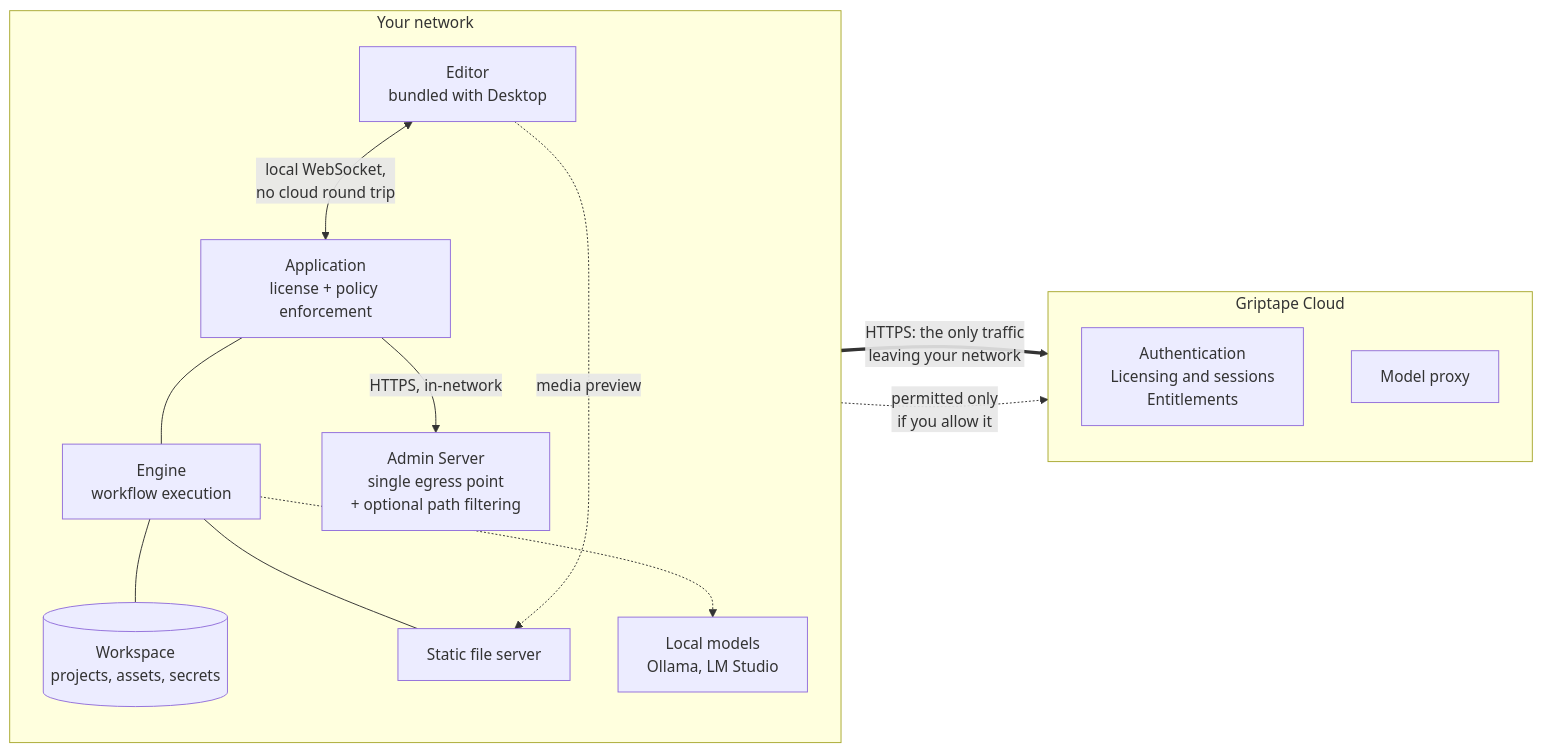
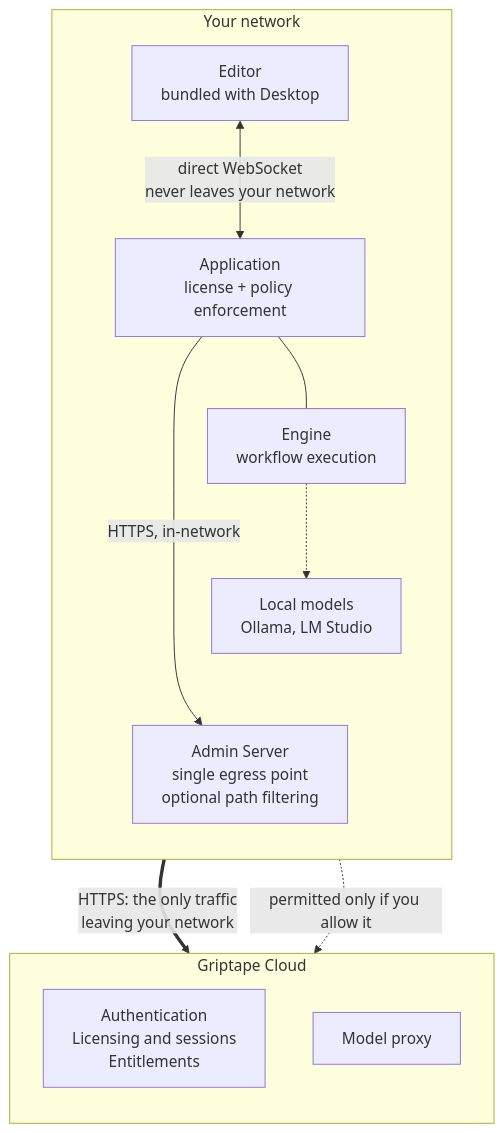
Before and after one commit to griptape-ai/griptape-nodes-engine: the second of 2 diagrams in docs/architecture.md, drawn with Mermaid. The commit also changed other lines of this file and 1 other file, not shown here.

First line of the commit message:
docs: revise architecture page per review feedback

````diff
--- a/docs/architecture.md
+++ b/docs/architecture.md
@@ -91,29 +106,27 @@
 ```mermaid
-flowchart LR
+flowchart TB
     subgraph network["Your network"]
         direction TB
         editor["Editor<br/>bundled with Desktop"]
         app["Application<br/>license + policy enforcement"]
         engine["Engine<br/>workflow execution"]
-        static["Static file server"]
-        workspace[("Workspace<br/>projects, assets, secrets")]
-        localmodels["Local models<br/>Ollama, LM Studio"]
-        admin["Admin Server<br/>single egress point<br/>+ optional path filtering"]
-        editor <-->|"local WebSocket,<br/>no cloud round trip"| app
+        local["Local models<br/>Ollama, LM Studio"]
+        admin["Admin Server<br/>single egress point<br/>optional path filtering"]
+        editor <-->|"direct WebSocket<br/>never leaves your network"| app
         app --- engine
-        engine --- workspace
-        engine --- static
-        editor -.->|"media preview"| static
-        engine -.-> localmodels
+        engine -.-> local
         app -->|"HTTPS, in-network"| admin
+        %% Invisible link: keeps the Admin Server on its own rank below the
+        %% local models, so the egress edge does not pass behind them.
+        local ~~~ admin
     end
 
     subgraph cloud["Griptape Cloud"]
         direction TB
         control["Authentication<br/>Licensing and sessions<br/>Entitlements"]
         modelproxy["Model proxy"]
     end
 
     admin ==>|"HTTPS: the only traffic<br/>leaving your network"| control
-    admin -.->|"permitted only<br/>if you allow it"| modelproxy
+    admin -.->|"permitted only if you allow it"| modelproxy
 ```
````
